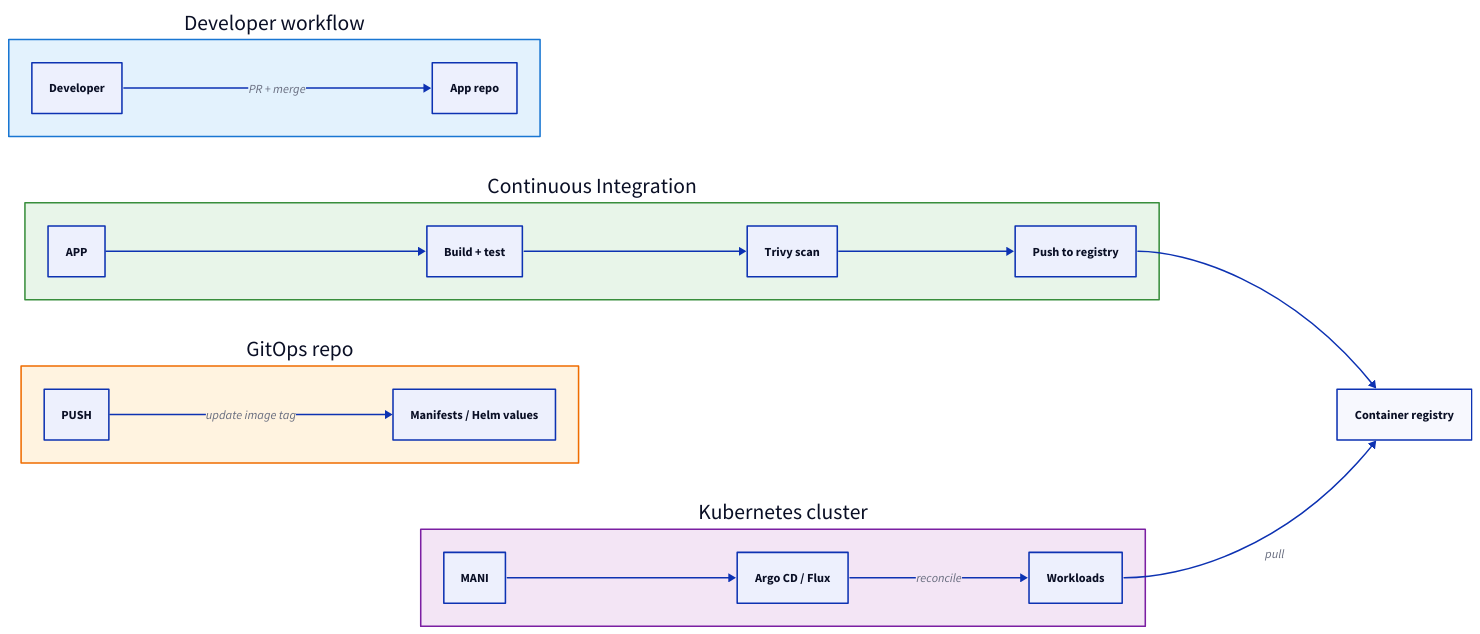
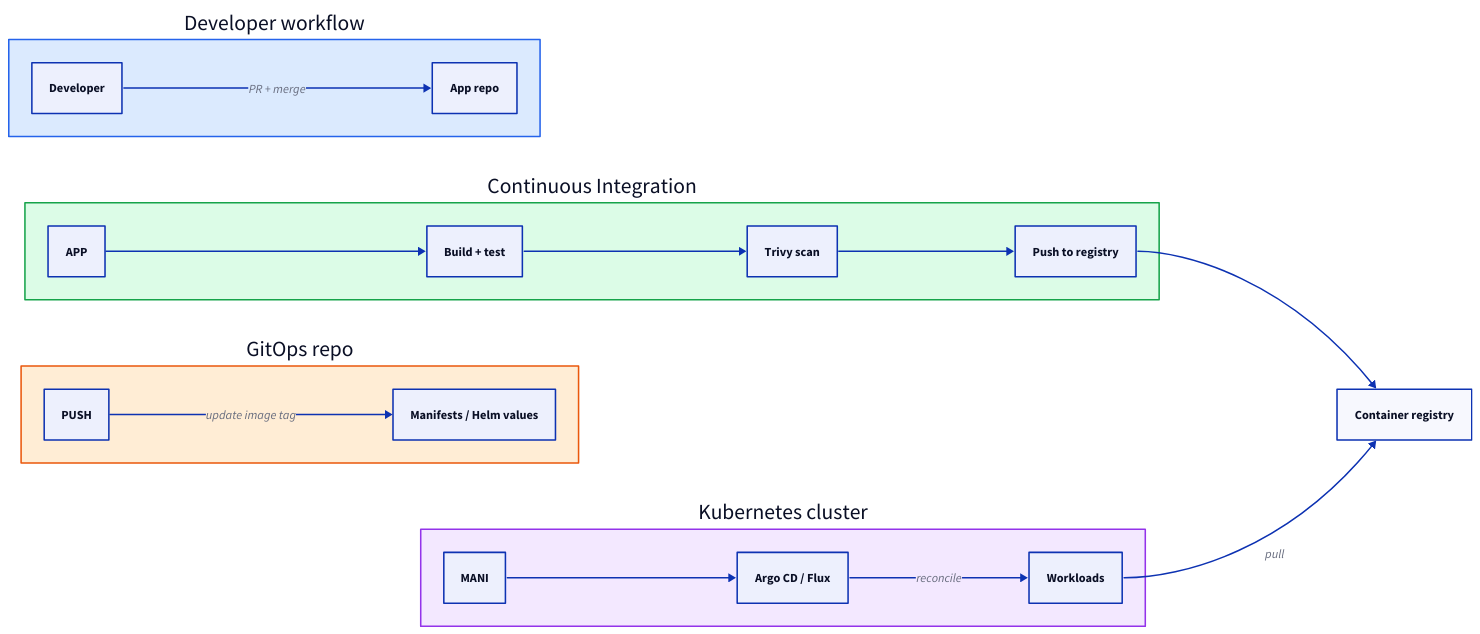
Before and after one commit to rebash-rebash/rebash-academy: the diagram in docs/kubernetes/gitops-and-cicd-with-kubernetes.md, drawn with D2. The commit also changed 177 other files, not shown here.

First line of the commit message:
Ship Terraform track, diagram polish, and new brand favicon.

````diff
--- a/docs/kubernetes/gitops-and-cicd-with-kubernetes.md
+++ b/docs/kubernetes/gitops-and-cicd-with-kubernetes.md
@@ -55,46 +55,46 @@
 ```d2
 direction: right
 
 Dev: "Developer workflow" {
       style: {
-        fill: "#e3f2fd"
-        stroke: "#1976d2"
+        fill: "#dbeafe"
+        stroke: "#2563eb"
       }
         DEV: Developer
         APP: "App repo"
         DEV -> APP: "PR + merge"
     }
     CI: "Continuous Integration" {
       style: {
-        fill: "#e8f5e9"
-        stroke: "#388e3c"
+        fill: "#dcfce7"
+        stroke: "#16a34a"
       }
         BUILD: "Build + test"
         SCAN: "Trivy scan"
         PUSH: "Push to registry"
         APP -> BUILD
         BUILD -> SCAN
         SCAN -> PUSH
     }
     GitOps: "GitOps repo" {
       style: {
-        fill: "#fff3e0"
-        stroke: "#ef6c00"
+        fill: "#ffedd5"
+        stroke: "#ea580c"
       }
         MANI: "Manifests / Helm values"
         PUSH -> MANI: "update image tag"
     }
     Cluster: "Kubernetes cluster" {
       style: {
-        fill: "#f3e5f5"
-        stroke: "#7b1fa2"
+        fill: "#f3e8ff"
+        stroke: "#9333ea"
       }
         ARGO: "Argo CD / Flux"
         K8S: Workloads
         MANI -> ARGO
         ARGO -> K8S: reconcile
     }
     REG: "Container registry"
     CI.PUSH -> REG
     Cluster.K8S -> REG: pull
 ```
````
